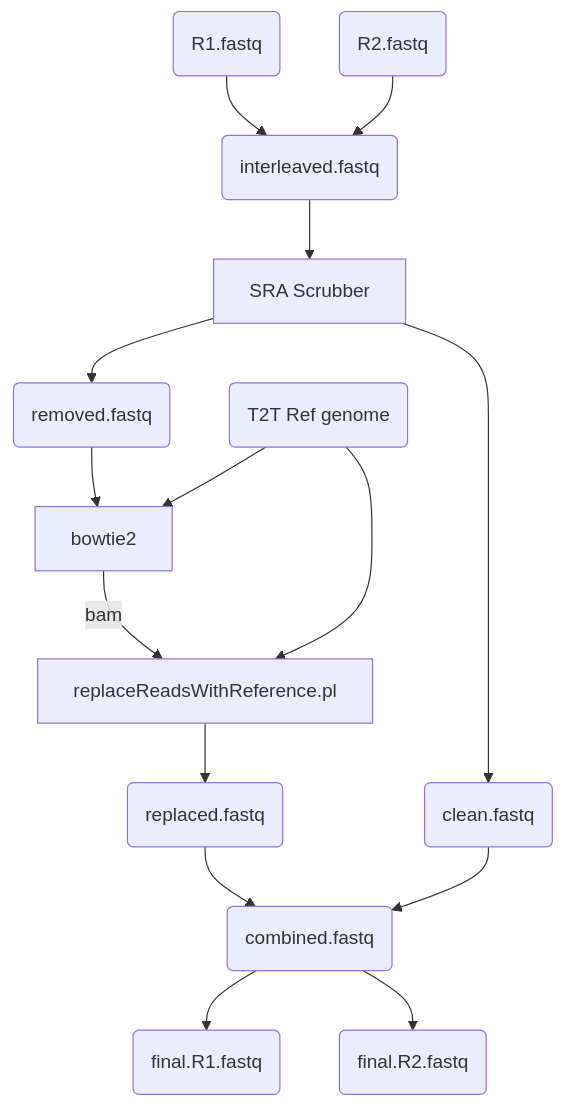
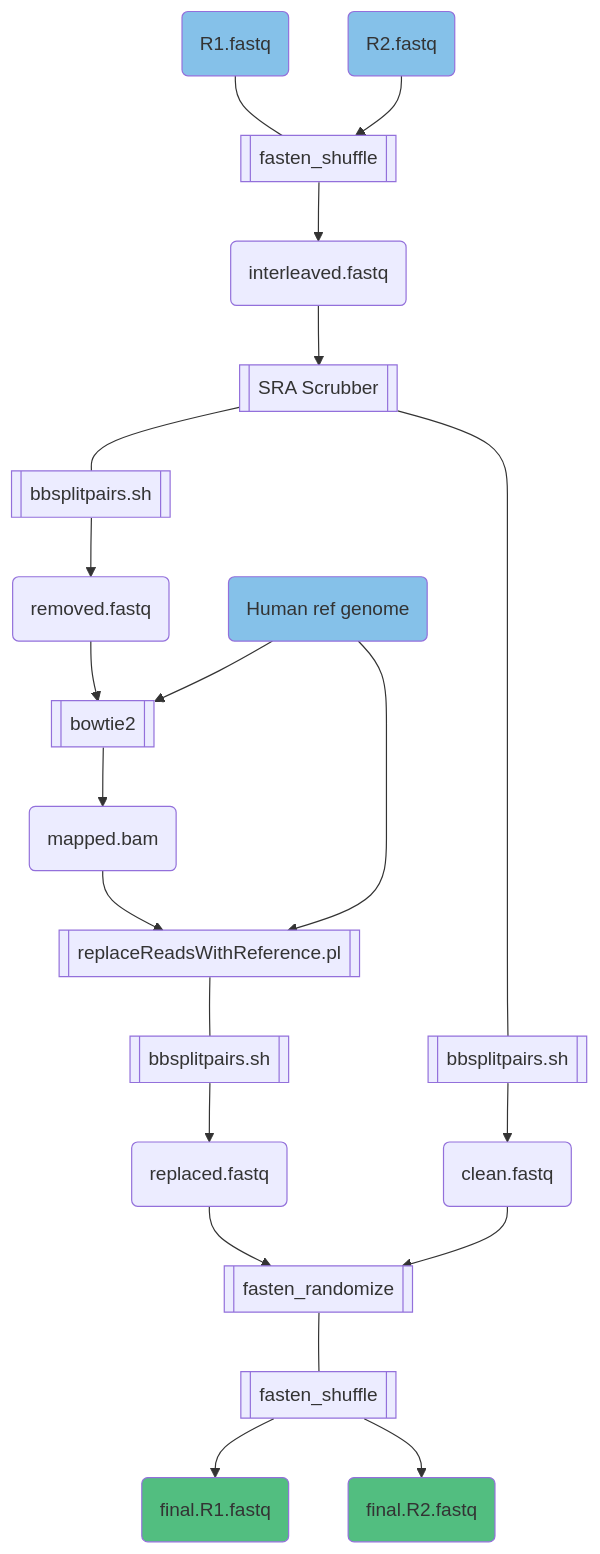
The diagram in README.md (TOAST-sandbox/podPeople), drawn with Mermaid before and after one commit. The commit also changed other lines of this file, not shown here.

````diff
--- a/README.md
+++ b/README.md
@@ -12,19 +14,23 @@
 ```mermaid
 
 graph TD
-  R1(R1.fastq) --> IN(interleaved.fastq)
-  R2(R2.fastq) --> IN
-  IN --> SCRUB[SRA Scrubber]
-  SCRUB --> CLEAN(clean.fastq)
-  SCRUB --> REM(removed.fastq)
-  REM --> BOW[bowtie2]
-  HS(T2T Ref genome) --> BOW
-  BOW --> |bam| REP[replaceReadsWithReference.pl]
+  R1(R1.fastq):::classfi --- SH[[fasten_shuffle]] --> IN(interleaved.fastq)
+  R2(R2.fastq):::classfi --> SH
+  IN --> SCRUB[[SRA Scrubber]]
+  SCRUB --- BB1[[bbsplitpairs.sh]] --> CLEAN(clean.fastq)
+  SCRUB --- BB2[[bbsplitpairs.sh]] --> REM(removed.fastq)
+  REM --> BOW[[bowtie2]]
+  HS(Human ref genome):::classfi --> BOW
+  BOW --> BAM(mapped.bam) 
+  BAM --> REP[[replaceReadsWithReference.pl]]
   HS --> REP
-  REP --> READS(replaced.fastq)
-  READS --> COMB(combined.fastq)
+  REP --- BB3[[bbsplitpairs.sh]]--> READS(replaced.fastq)
+  READS --> COMB[[fasten_randomize]]
   CLEAN --> COMB
-  COMB --> F1(final.R1.fastq)
-  COMB --> F2(final.R2.fastq)
+  COMB --- SHUF[[fasten_shuffle]] --> F1(final.R1.fastq):::classfo
+  SHUF --> F2(final.R2.fastq):::classfo
+
+  classDef classfi fill:#85C1E9
+  classDef classfo fill:#52BE80
 
 ```
````
